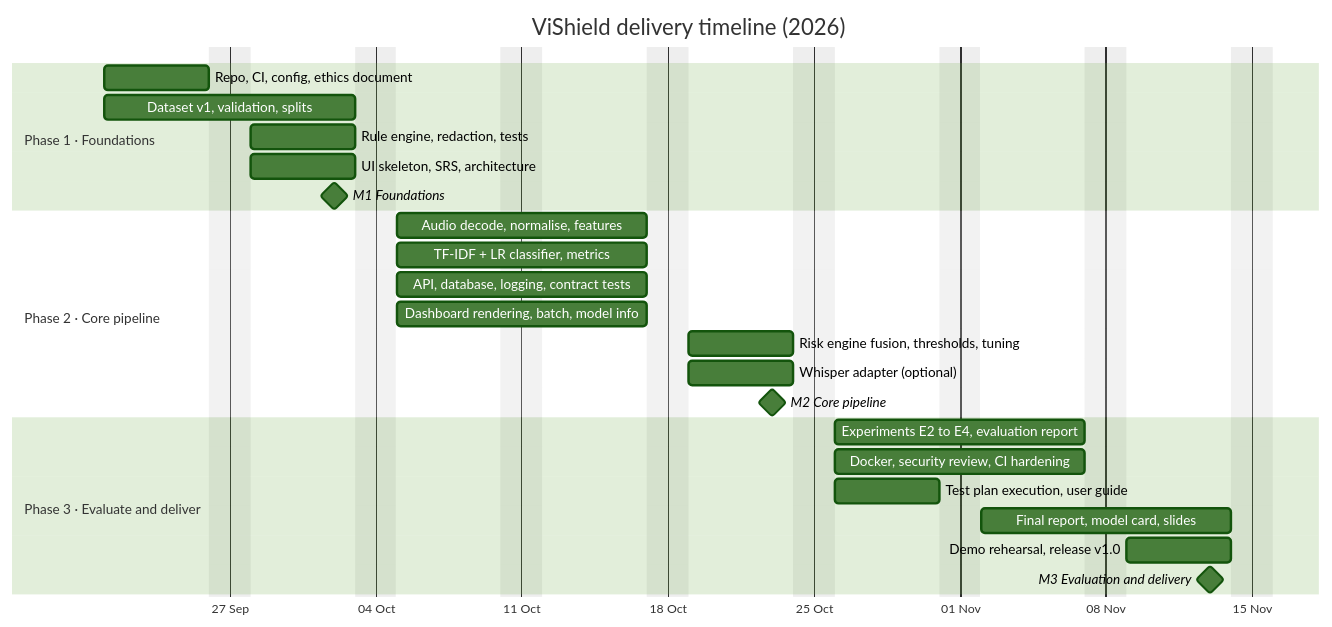
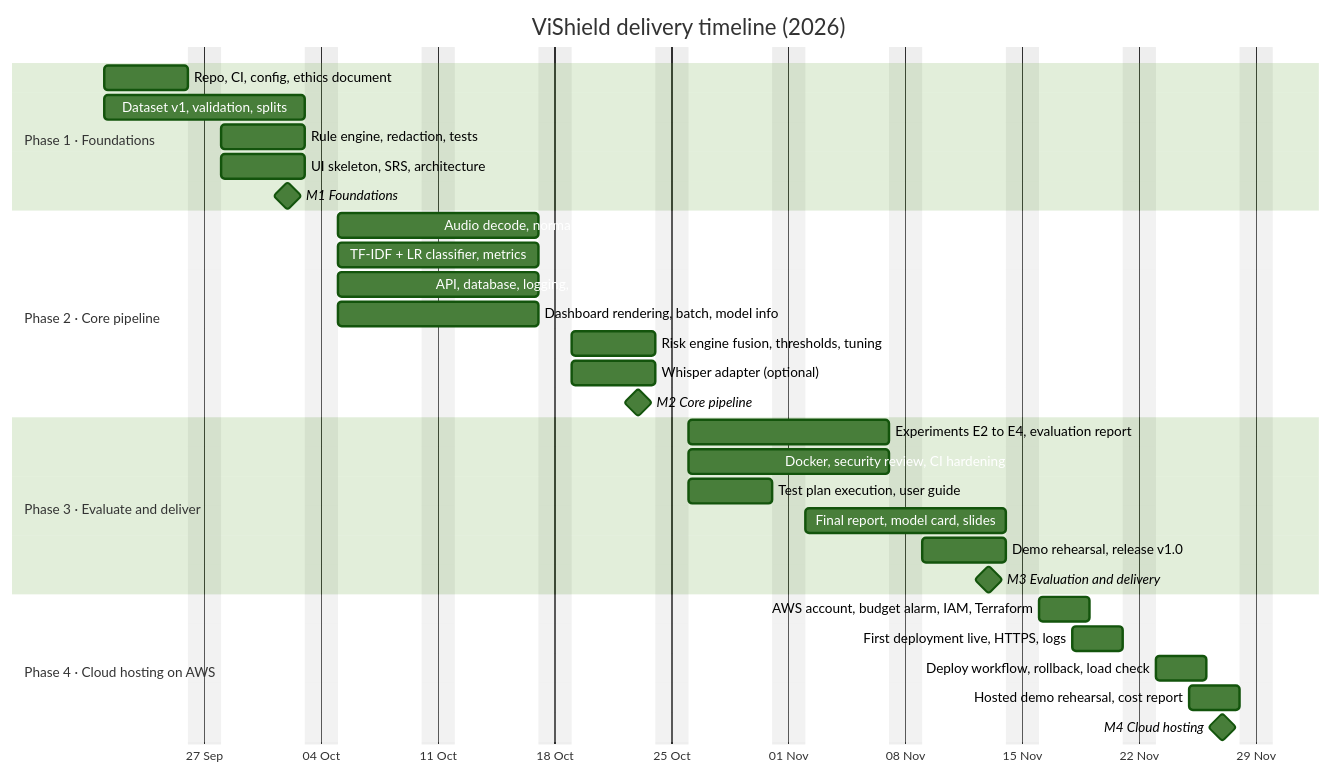
Before and after one commit to sathpal/vishield: the diagram in docs/PROJECT_PLAN.md, drawn with Mermaid (forest theme). The commit also changed other lines of this file and 2 other files, not shown here.

Commit message:
Plan: add Phase 4 cloud hosting on AWS (weeks 9-10, M4), reweight assessment, cloud risks and deliverables

````diff
--- a/docs/PROJECT_PLAN.md
+++ b/docs/PROJECT_PLAN.md
@@ -73,31 +84,38 @@
 ```mermaid
 gantt
     title ViShield delivery timeline (2026)
     dateFormat  YYYY-MM-DD
     axisFormat  %d %b
     excludes    weekends
 
     section Phase 1 · Foundations
     Repo, CI, config, ethics document        :p1a, 2026-09-21, 5d
     Dataset v1, validation, splits            :p1b, 2026-09-21, 10d
     Rule engine, redaction, tests             :p1c, 2026-09-28, 5d
     UI skeleton, SRS, architecture            :p1d, 2026-09-28, 5d
     M1 Foundations                            :milestone, m1, 2026-10-02, 0d
 
     section Phase 2 · Core pipeline
     Audio decode, normalise, features         :p2a, 2026-10-05, 10d
     TF-IDF + LR classifier, metrics           :p2b, 2026-10-05, 10d
     API, database, logging, contract tests    :p2c, 2026-10-05, 10d
     Dashboard rendering, batch, model info    :p2d, 2026-10-05, 10d
     Risk engine fusion, thresholds, tuning    :p2e, 2026-10-19, 5d
     Whisper adapter (optional)                :p2f, 2026-10-19, 5d
     M2 Core pipeline                          :milestone, m2, 2026-10-23, 0d
 
     section Phase 3 · Evaluate and deliver
     Experiments E2 to E4, evaluation report   :p3a, 2026-10-26, 10d
     Docker, security review, CI hardening     :p3b, 2026-10-26, 10d
     Test plan execution, user guide           :p3c, 2026-10-26, 5d
     Final report, model card, slides          :p3d, 2026-11-02, 10d
     Demo rehearsal, release v1.0              :p3e, 2026-11-09, 5d
     M3 Evaluation and delivery                :milestone, m3, 2026-11-13, 0d
+
+    section Phase 4 · Cloud hosting on AWS
+    AWS account, budget alarm, IAM, Terraform :p4a, 2026-11-16, 3d
+    First deployment live, HTTPS, logs        :p4b, 2026-11-18, 3d
+    Deploy workflow, rollback, load check     :p4c, 2026-11-23, 3d
+    Hosted demo rehearsal, cost report        :p4d, 2026-11-25, 3d
+    M4 Cloud hosting                          :milestone, m4, 2026-11-27, 0d
 ```
````
